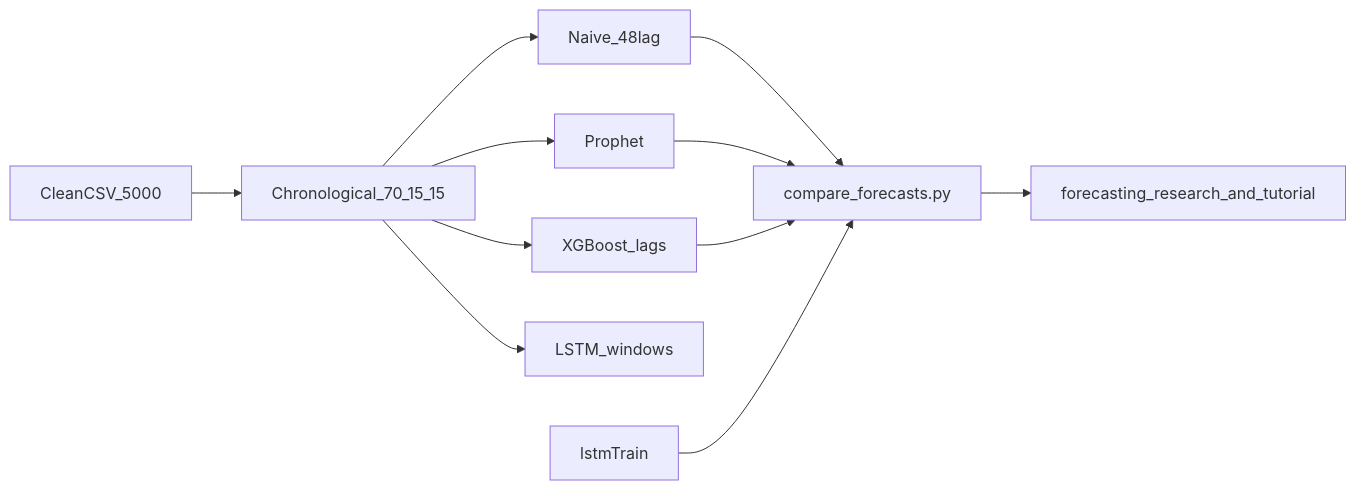
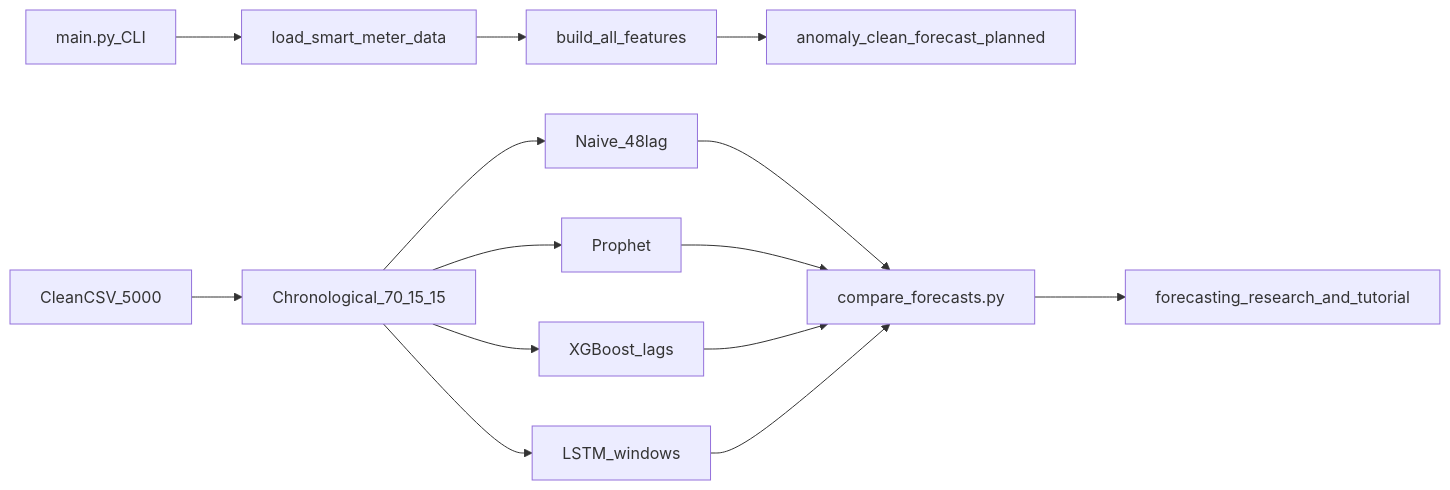
One commit to mj-weshh/energy-anomaly-forecasting changed the diagram in docs/phase3-strategy.md. Above: the diagram before and after it, drawn with Mermaid. The commit also changed other lines of this file and 9 other files, not shown here.

````diff
--- a/docs/phase3-strategy.md
+++ b/docs/phase3-strategy.md
@@ -140,13 +150,16 @@
 ```mermaid
 flowchart LR
+  mainCli[main.py_CLI] --> ingest[load_smart_meter_data]
+  ingest --> feats[build_all_features]
+  feats --> later[anomaly_clean_forecast_planned]
   clean[CleanCSV_5000] --> split[Chronological_70_15_15]
   split --> naive[Naive_48lag]
   split --> stats[Prophet]
   split --> xgb[XGBoost_lags]
   split --> lstm[LSTM_windows]
   naive --> compare[compare_forecasts.py]
   stats --> compare
   xgb --> compare
-  lstmTrain --> compare
+  lstm --> compare
   compare --> docs[forecasting_research_and_tutorial]
 ```
````
